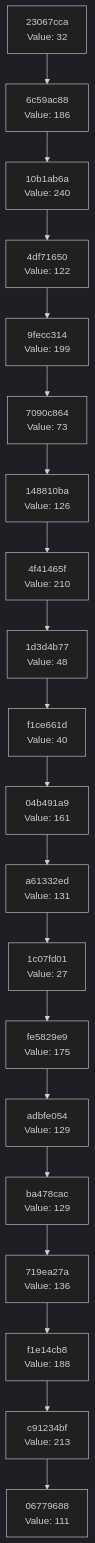
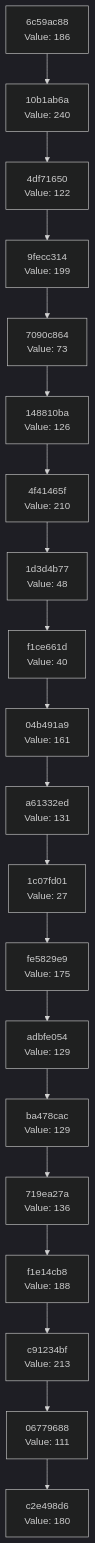
One commit to Abhisheksinha1506/hash-chain-evolver changed the diagram in docs/CHAIN_VISUALIZATION.md. Above: the diagram before and after it, drawn with Mermaid (dark theme). The commit also changed 3 other files, not shown here.

````diff
--- a/docs/CHAIN_VISUALIZATION.md
+++ b/docs/CHAIN_VISUALIZATION.md
@@ -3,42 +3,42 @@
 ```mermaid
 graph TD
-    C0["06779688<br/>Value: 111"]
-    C1["c91234bf<br/>Value: 213"]
+    C0["c2e498d6<br/>Value: 180"]
+    C1["06779688<br/>Value: 111"]
     C1 --> C0
-    C2["f1e14cb8<br/>Value: 188"]
+    C2["c91234bf<br/>Value: 213"]
     C2 --> C1
-    C3["719ea27a<br/>Value: 136"]
+    C3["f1e14cb8<br/>Value: 188"]
     C3 --> C2
-    C4["ba478cac<br/>Value: 129"]
+    C4["719ea27a<br/>Value: 136"]
     C4 --> C3
-    C5["adbfe054<br/>Value: 129"]
+    C5["ba478cac<br/>Value: 129"]
     C5 --> C4
-    C6["fe5829e9<br/>Value: 175"]
+    C6["adbfe054<br/>Value: 129"]
     C6 --> C5
-    C7["1c07fd01<br/>Value: 27"]
+    C7["fe5829e9<br/>Value: 175"]
     C7 --> C6
-    C8["a61332ed<br/>Value: 131"]
+    C8["1c07fd01<br/>Value: 27"]
     C8 --> C7
-    C9["04b491a9<br/>Value: 161"]
+    C9["a61332ed<br/>Value: 131"]
     C9 --> C8
-    C10["f1ce661d<br/>Value: 40"]
+    C10["04b491a9<br/>Value: 161"]
     C10 --> C9
-    C11["1d3d4b77<br/>Value: 48"]
+    C11["f1ce661d<br/>Value: 40"]
     C11 --> C10
-    C12["4f41465f<br/>Value: 210"]
+    C12["1d3d4b77<br/>Value: 48"]
     C12 --> C11
-    C13["148810ba<br/>Value: 126"]
+    C13["4f41465f<br/>Value: 210"]
     C13 --> C12
-    C14["7090c864<br/>Value: 73"]
+    C14["148810ba<br/>Value: 126"]
     C14 --> C13
-    C15["9fecc314<br/>Value: 199"]
+    C15["7090c864<br/>Value: 73"]
     C15 --> C14
-    C16["4df71650<br/>Value: 122"]
+    C16["9fecc314<br/>Value: 199"]
     C16 --> C15
-    C17["10b1ab6a<br/>Value: 240"]
+    C17["4df71650<br/>Value: 122"]
     C17 --> C16
-    C18["6c59ac88<br/>Value: 186"]
+    C18["10b1ab6a<br/>Value: 240"]
     C18 --> C17
-    C19["23067cca<br/>Value: 32"]
+    C19["6c59ac88<br/>Value: 186"]
     C19 --> C18
 ```
````
